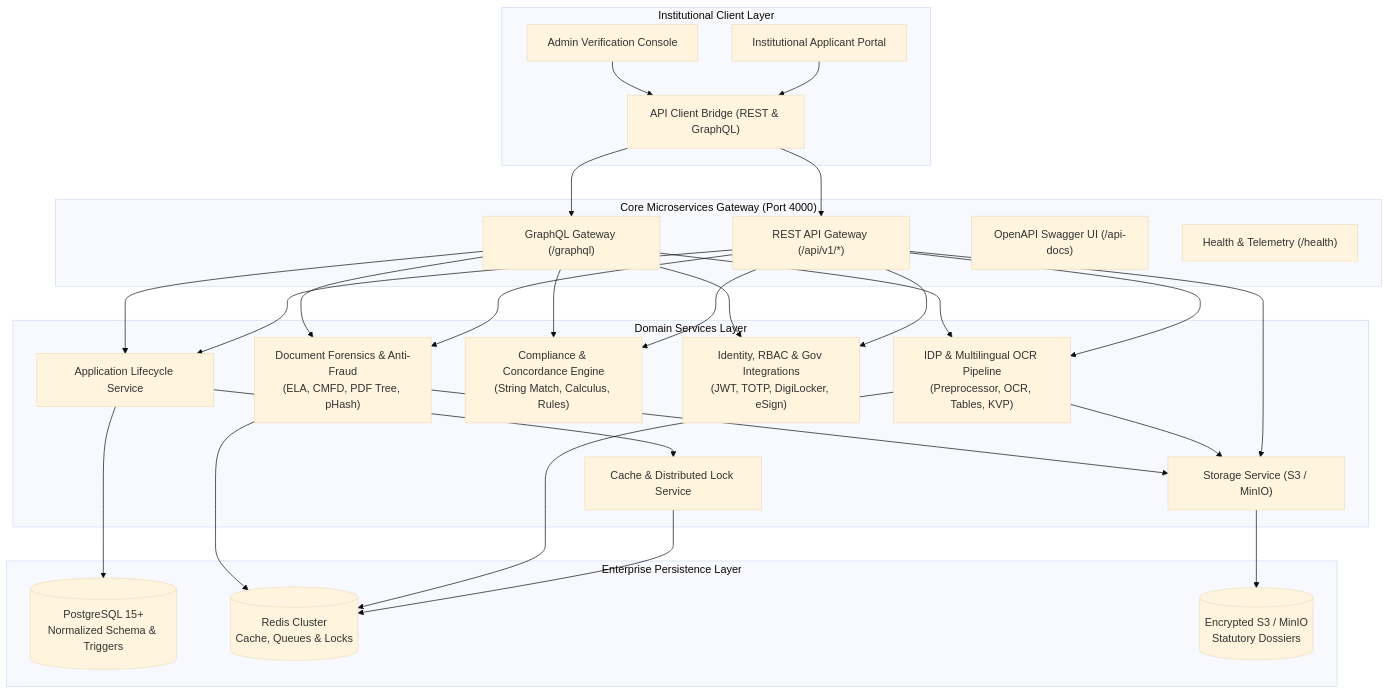
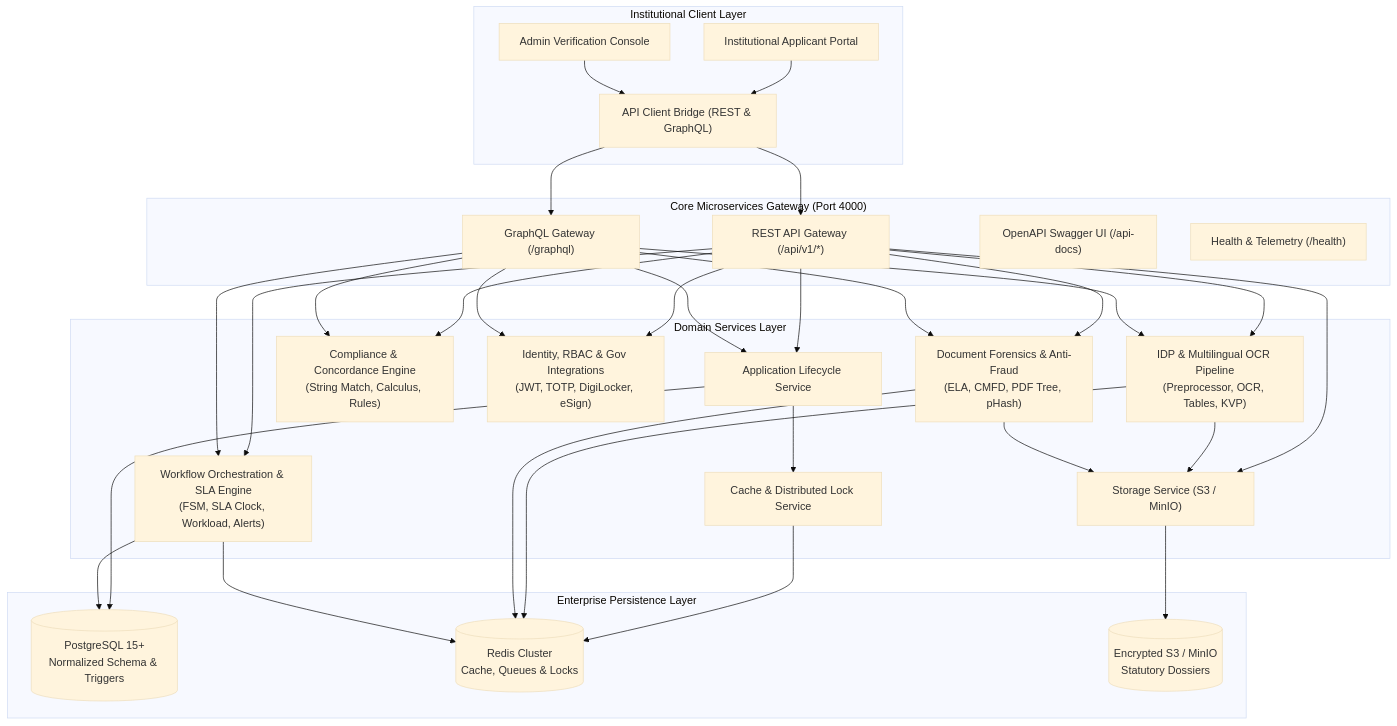
The diagram in README.md (nitin24x7/SatyaSetu_AI), drawn with Mermaid (base theme) before and after one commit. The commit also changed other lines of this file and 15 other files, not shown here.

Commit message:
feat(workflow): complete Phase 8 Workflow Orchestration, Case Management & Statutory SLA Engine

````diff
--- a/README.md
+++ b/README.md
@@ -55,55 +61,60 @@
 ```mermaid
 flowchart TD
     subgraph Client["Institutional Client Layer"]
         A["Institutional Applicant Portal"]
         B["Admin Verification Console"]
         C["API Client Bridge (REST & GraphQL)"]
     end
 
     subgraph Gateway["Core Microservices Gateway (Port 4000)"]
         D["REST API Gateway (/api/v1/*)"]
         E["GraphQL Gateway (/graphql)"]
         F["OpenAPI Swagger UI (/api-docs)"]
         G["Health & Telemetry (/health)"]
     end
 
     subgraph CoreServices["Domain Services Layer"]
         H["Application Lifecycle Service"]
         I["Storage Service (S3 / MinIO)"]
         J["Cache & Distributed Lock Service"]
         IDP["IDP & Multilingual OCR Pipeline\n(Preprocessor, OCR, Tables, KVP)"]
         COMP["Compliance & Concordance Engine\n(String Match, Calculus, Rules)"]
         AUTH["Identity, RBAC & Gov Integrations\n(JWT, TOTP, DigiLocker, eSign)"]
         FOR["Document Forensics & Anti-Fraud\n(ELA, CMFD, PDF Tree, pHash)"]
+        WF["Workflow Orchestration & SLA Engine\n(FSM, SLA Clock, Workload, Alerts)"]
     end
 
     subgraph Persistence["Enterprise Persistence Layer"]
         K[("PostgreSQL 15+\nNormalized Schema & Triggers")]
         L[("Redis Cluster\nCache, Queues & Locks")]
         M[("Encrypted S3 / MinIO\nStatutory Dossiers")]
     end
 
     A --> C
     B --> C
     C --> D
     C --> E
     D --> H
     D --> I
     D --> IDP
     D --> COMP
     D --> AUTH
     D --> FOR
+    D --> WF
     E --> H
     E --> IDP
     E --> COMP
     E --> AUTH
     E --> FOR
+    E --> WF
     H --> J
     H --> K
     I --> M
     J --> L
     IDP --> L
     IDP --> I
     FOR --> L
     FOR --> I
+    WF --> L
+    WF --> K
 ```
````
